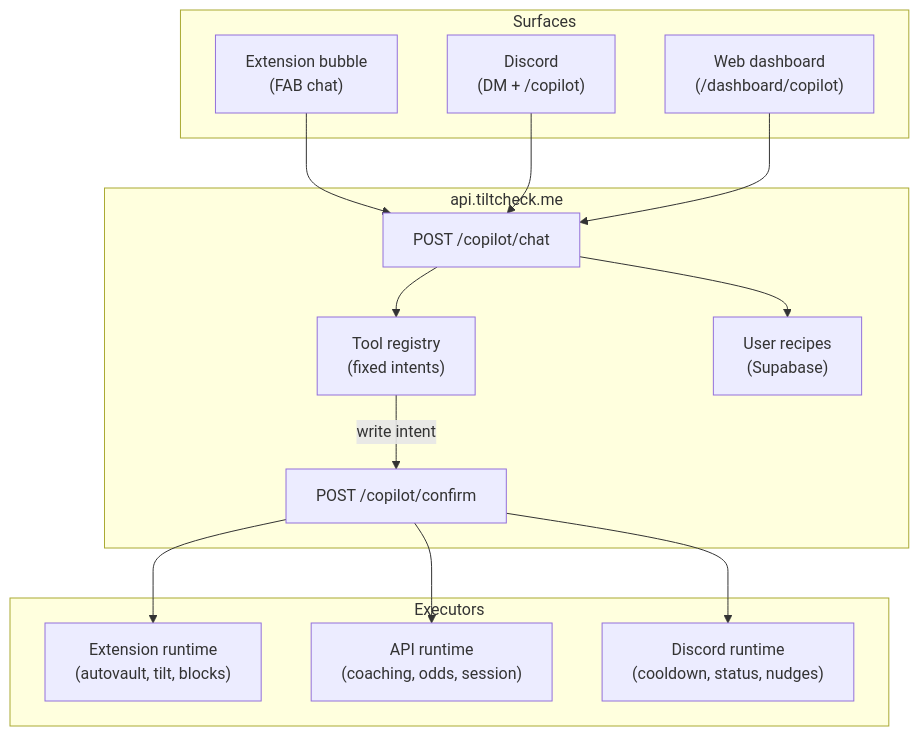
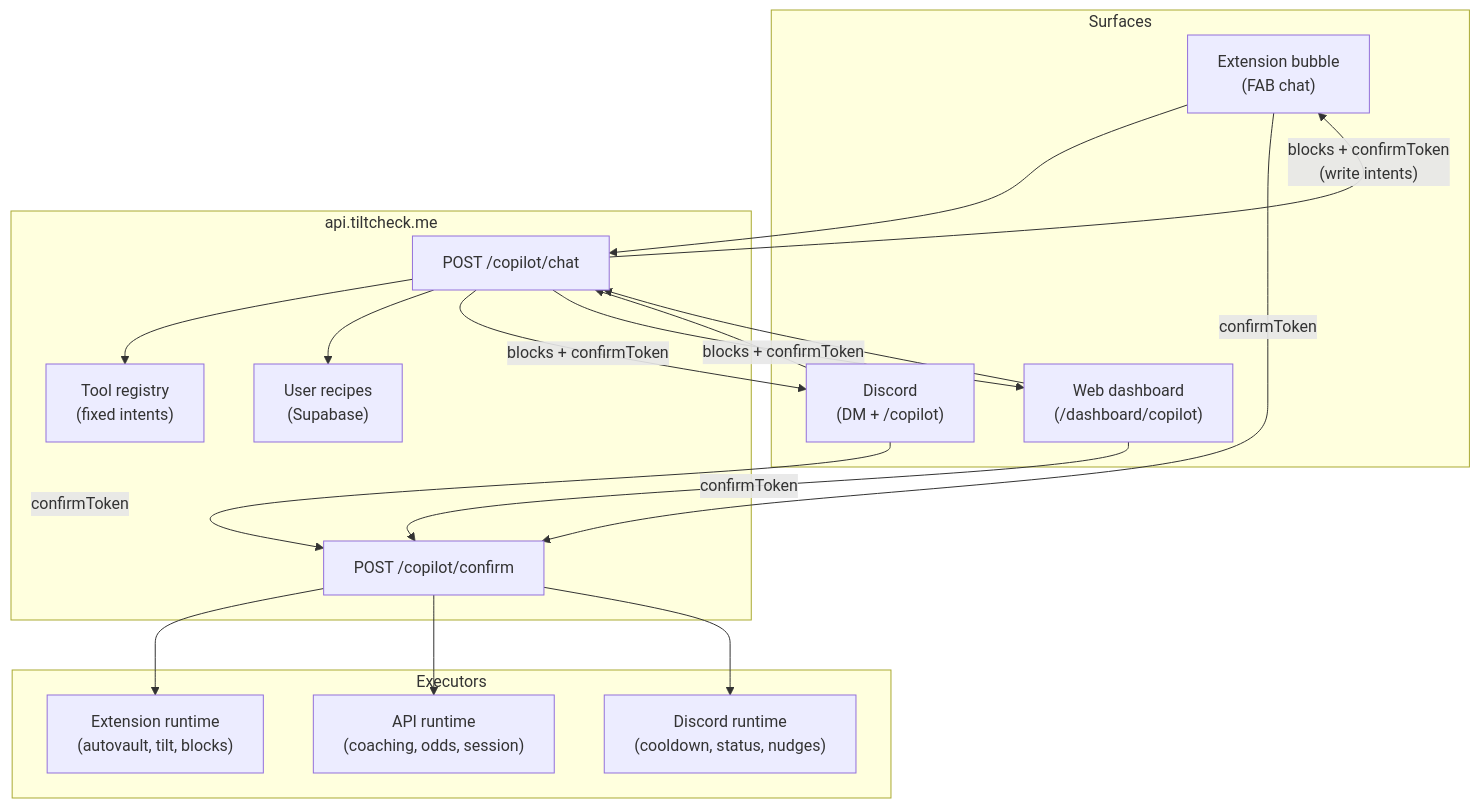
One commit to TiltCheck-ME/tiltcheck-monorepo changed the diagram in docs/superpowers/specs/2026-06-17-degen-copilot-design.md. Above: the diagram before and after it, drawn with Mermaid. The commit also changed other lines of this file, not shown here.

First line of the commit message:
docs(spec): Degen Copilot design — PR #594 review fixes (rebase) (#614)

````diff
--- a/docs/superpowers/specs/2026-06-17-degen-copilot-design.md
+++ b/docs/superpowers/specs/2026-06-17-degen-copilot-design.md
@@ -45,31 +47,36 @@
 ```mermaid
 flowchart TB
   subgraph Surfaces
-    EXT["Extension bubble\n(FAB chat)"]
-    DISC["Discord\n(DM + /copilot)"]
-    WEB["Web dashboard\n(/dashboard/copilot)"]
+    EXT["Extension bubble<br/>(FAB chat)"]
+    DISC["Discord<br/>(DM + /copilot)"]
+    WEB["Web dashboard<br/>(/dashboard/copilot)"]
   end
 
   subgraph API["api.tiltcheck.me"]
     CHAT["POST /copilot/chat"]
     CONFIRM["POST /copilot/confirm"]
-    REG["Tool registry\n(fixed intents)"]
-    RECIPES["User recipes\n(Supabase)"]
+    REG["Tool registry<br/>(fixed intents)"]
+    RECIPES["User recipes<br/>(Supabase)"]
   end
 
   subgraph Executors
-    EXT_EXEC["Extension runtime\n(autovault, tilt, blocks)"]
-    API_EXEC["API runtime\n(coaching, odds, session)"]
-    DISC_EXEC["Discord runtime\n(cooldown, status, nudges)"]
+    EXT_EXEC["Extension runtime<br/>(autovault, tilt, blocks)"]
+    API_EXEC["API runtime<br/>(coaching, odds, session)"]
+    DISC_EXEC["Discord runtime<br/>(cooldown, status, nudges)"]
   end
 
   EXT --> CHAT
   DISC --> CHAT
   WEB --> CHAT
   CHAT --> REG
   CHAT --> RECIPES
-  REG -->|"write intent"| CONFIRM
+  CHAT -->|"blocks + confirmToken\n(write intents)"| EXT
+  CHAT -->|"blocks + confirmToken"| DISC
+  CHAT -->|"blocks + confirmToken"| WEB
+  EXT -->|"confirmToken"| CONFIRM
+  DISC -->|"confirmToken"| CONFIRM
+  WEB -->|"confirmToken"| CONFIRM
   CONFIRM --> EXT_EXEC
   CONFIRM --> API_EXEC
   CONFIRM --> DISC_EXEC
 ```
````
